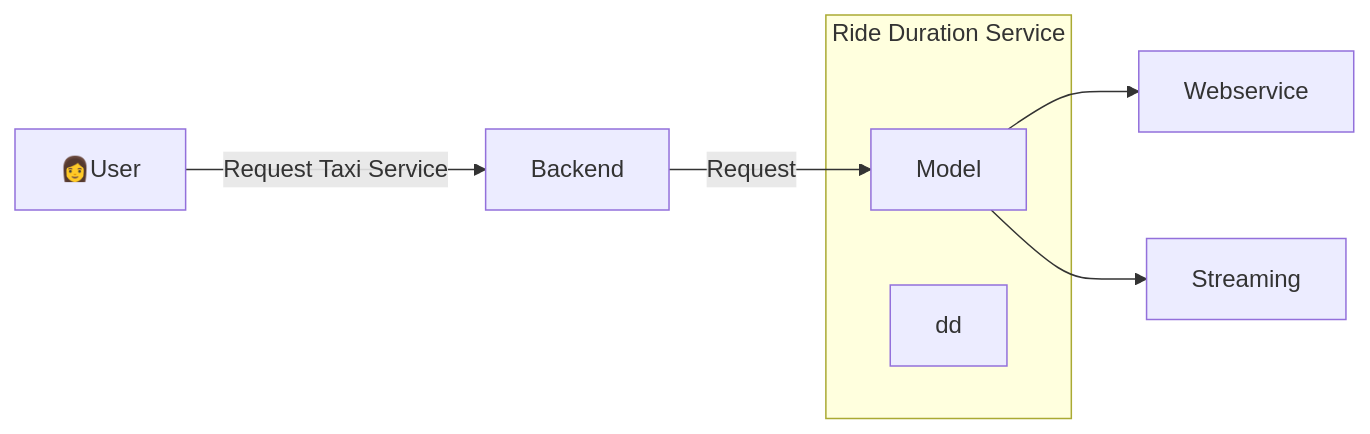
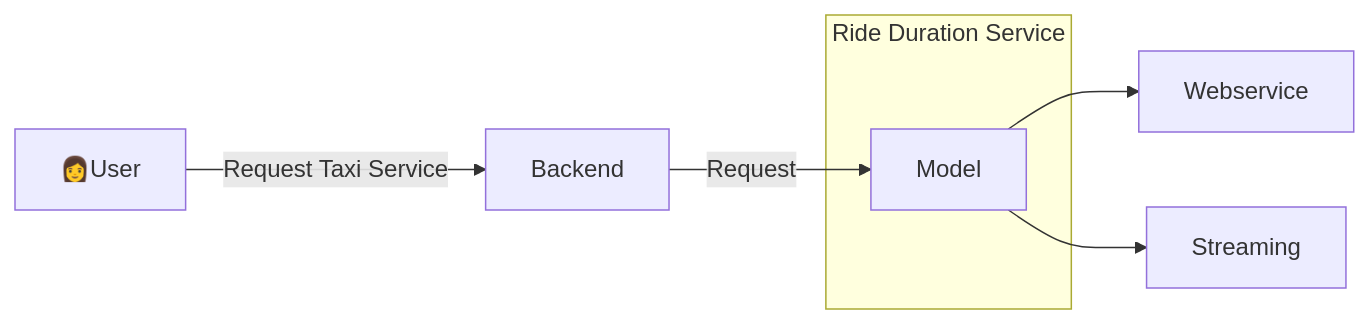
Before and after one commit to mossdet/mlops-dlp: the second of 2 diagrams in week04/README.md, drawn with Mermaid.

````diff
--- a/week04/README.md
+++ b/week04/README.md
@@ -25,15 +25,14 @@
 ```mermaid
 graph LR
     classDef sub opacity:0
     classDef note fill:#ffd, stroke:#ccb
 
     User[👩User]--> |Request Taxi Service| Backend[Backend]
     Backend--> |Request| RideDurationService["Model"]    
     RideDurationService--> WebService[Webservice]
     RideDurationService--> Streaming[Streaming]
 
     subgraph subRideDurationService ["Ride Duration Service "]
         RideDurationService
-        noteRideDurationService[dd]
     end
 ```
````
